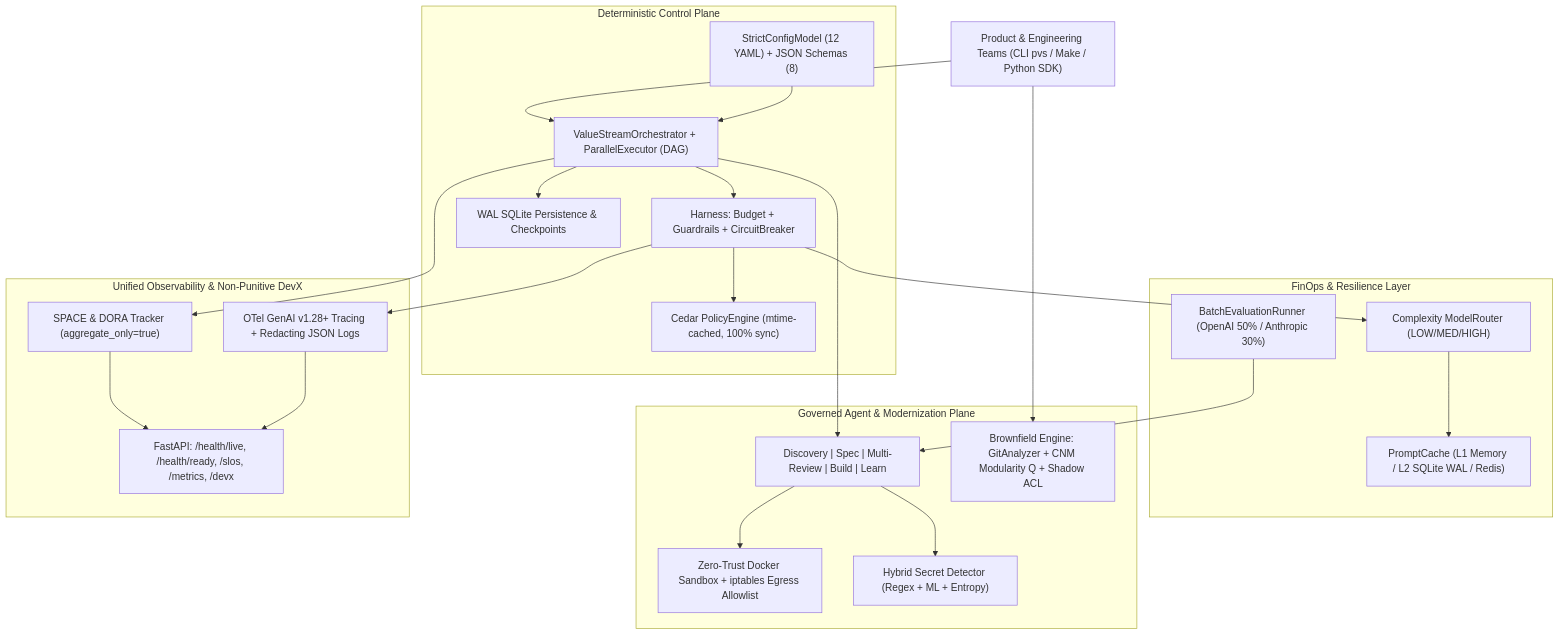
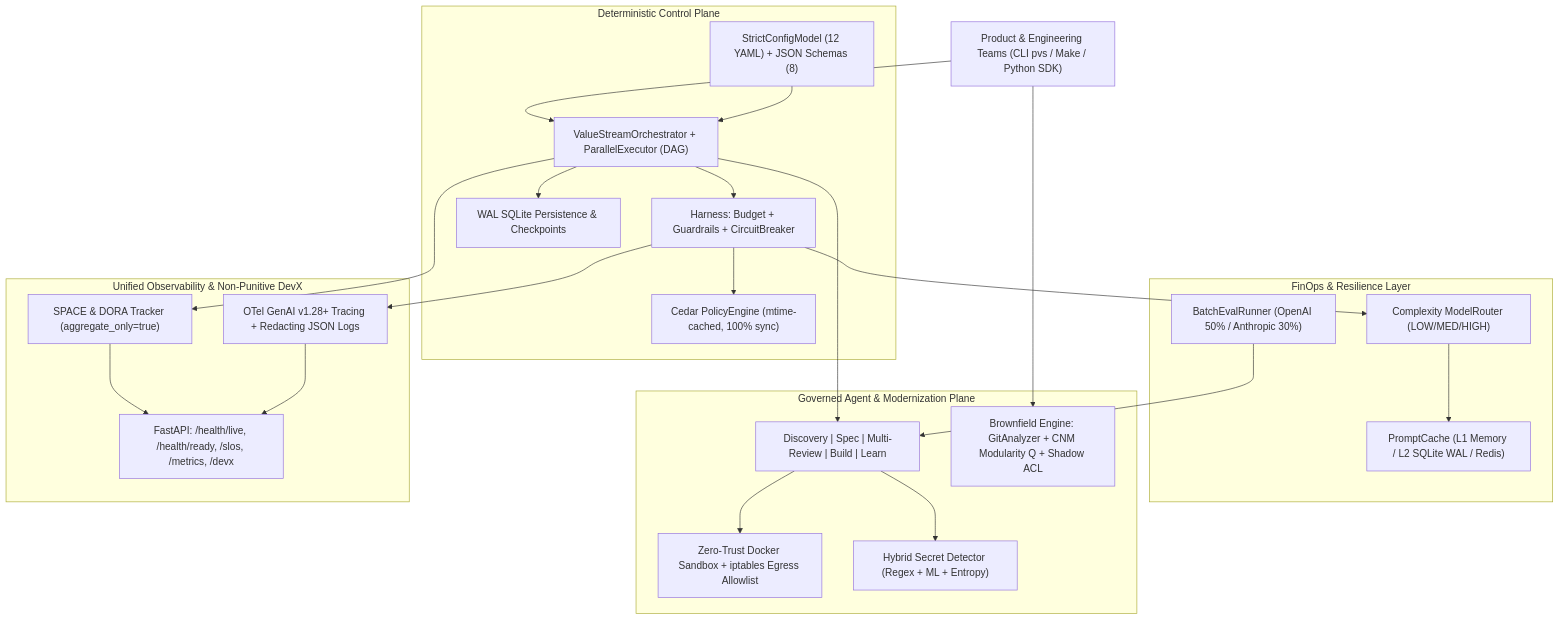
One commit to vfcarida/AI-Native-Product-Value-System changed the diagram in docs/ARCHITECTURE.md. Above: the diagram before and after it, drawn with Mermaid. The commit also changed 49 other files, not shown here.

````diff
--- a/docs/ARCHITECTURE.md
+++ b/docs/ARCHITECTURE.md
@@ -18,48 +18,48 @@
 ```mermaid
 flowchart TB
     User["Product & Engineering Teams (CLI pvs / Make / Python SDK)"]
 
     subgraph ControlPlane["Deterministic Control Plane"]
         Orch["ValueStreamOrchestrator + ParallelExecutor (DAG)"]
         Contracts["StrictConfigModel (12 YAML) + JSON Schemas (8)"]
         Harness["Harness: Budget + Guardrails + CircuitBreaker"]
         Policy["Cedar PolicyEngine (mtime-cached, 100% sync)"]
         Persist["WAL SQLite Persistence & Checkpoints"]
     end
 
     subgraph FinOps["FinOps & Resilience Layer"]
         Router["Complexity ModelRouter (LOW/MED/HIGH)"]
         Cache["PromptCache (L1 Memory / L2 SQLite WAL / Redis)"]
-        Batch["BatchEvaluationRunner (OpenAI 50% / Anthropic 30%)"]
+        Batch["BatchEvalRunner (OpenAI 50% / Anthropic 30%)"]
     end
 
     subgraph ExecutionPlane["Governed Agent & Modernization Plane"]
         Agents["Discovery | Spec | Multi-Review | Build | Learn"]
         Brownfield["Brownfield Engine: GitAnalyzer + CNM Modularity Q + Shadow ACL"]
         Sandbox["Zero-Trust Docker Sandbox + iptables Egress Allowlist"]
         SecretScan["Hybrid Secret Detector (Regex + ML + Entropy)"]
     end
 
     subgraph Telemetry["Unified Observability & Non-Punitive DevX"]
         OTel["OTel GenAI v1.28+ Tracing + Redacting JSON Logs"]
         API["FastAPI: /health/live, /health/ready, /slos, /metrics, /devx"]
         DevX["SPACE & DORA Tracker (aggregate_only=true)"]
     end
 
     User --> Orch
     Contracts --> Orch
     Orch --> Harness
     Harness --> Policy
     Harness --> Router
     Router --> Cache
     Orch --> Agents
     Orch --> Persist
     Agents --> Sandbox
     Agents --> SecretScan
     User --> Brownfield
     Batch --> Agents
     Harness --> OTel
     Orch --> DevX
     DevX --> API
     OTel --> API
 ```
````
